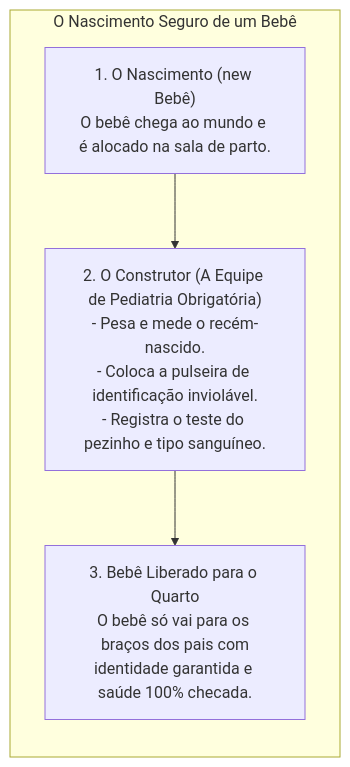
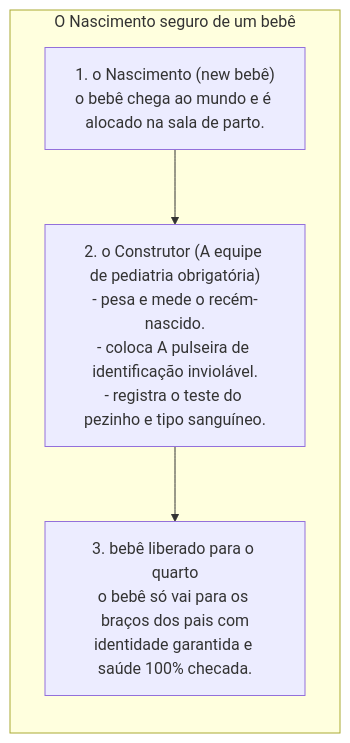
Before and after one commit to leorruas/puc: the first of 8 diagrams in 01. Programacao Modular/08. Construtores (inicialização, sobrecarga e garantia de invariantes).md, drawn with Mermaid. The commit also changed other lines of this file and 10 other files, not shown here.

````diff
--- a/01. Programacao Modular/08. Construtores (inicialização, sobrecarga e garantia de invariantes).md
+++ b/01. Programacao Modular/08. Construtores (inicialização, sobrecarga e garantia de invariantes).md
@@ -36,12 +45,12 @@
 ```mermaid
 flowchart TD
-    subgraph Maternidade ["O Nascimento Seguro de um Bebê"]
+    subgraph Maternidade ["O Nascimento seguro de um bebê"]
         direction TB
-        Parto["1. O Nascimento (new Bebê)<br>O bebê chega ao mundo e é alocado na sala de parto."]
-        Triagem["2. O Construtor (A Equipe de Pediatria Obrigatória)<br>- Pesa e mede o recém-nascido.<br>- Coloca a pulseira de identificação inviolável.<br>- Registra o teste do pezinho e tipo sanguíneo."]
-        Vida["3. Bebê Liberado para o Quarto<br>O bebê só vai para os braços dos pais com<br>identidade garantida e saúde 100% checada."]
+        Parto["1. o Nascimento (new bebê)<br>o bebê chega ao mundo e é alocado na sala de parto."]
+        Triagem["2. o Construtor (A equipe de pediatria obrigatória)<br>- pesa e mede o recém-nascido.<br>- coloca A pulseira de identificação inviolável.<br>- registra o teste do pezinho e tipo sanguíneo."]
+        Vida["3. bebê liberado para o quarto<br>o bebê só vai para os braços dos pais com<br>identidade garantida e saúde 100% checada."]
 
         Parto --> Triagem
         Triagem --> Vida
     end
 ```
````
